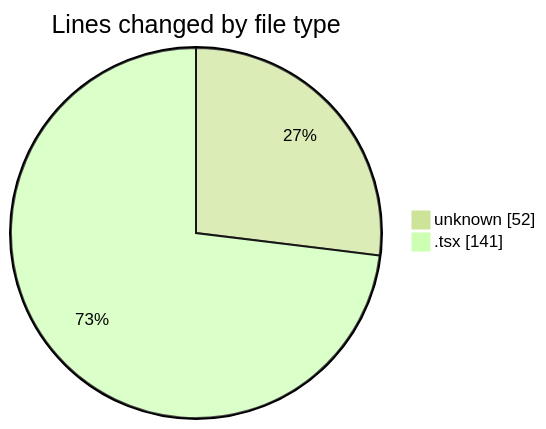
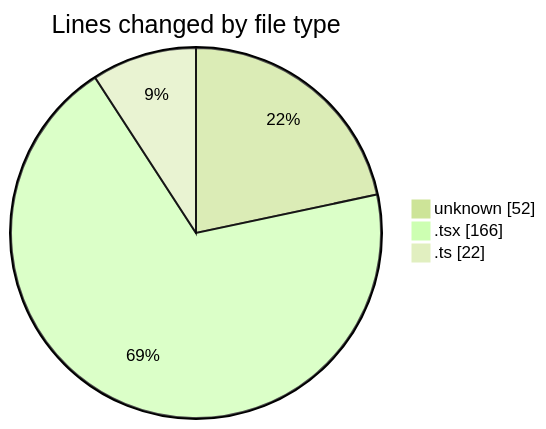
One commit to CELIANVF/code-tracking changed the first of 2 diagrams in 2025-06-02/ecodeli-1/README.md. Above: the diagram before and after it, drawn with Mermaid (forest theme). The commit also changed other lines of this file and 1 other file, not shown here.

````diff
--- a/2025-06-02/ecodeli-1/README.md
+++ b/2025-06-02/ecodeli-1/README.md
@@ -22,6 +25,7 @@
 ```mermaid
 pie showData
 title Lines changed by file type
 "unknown" : 52
-".tsx" : 141
+".tsx" : 166
+".ts" : 22
 ```
````
